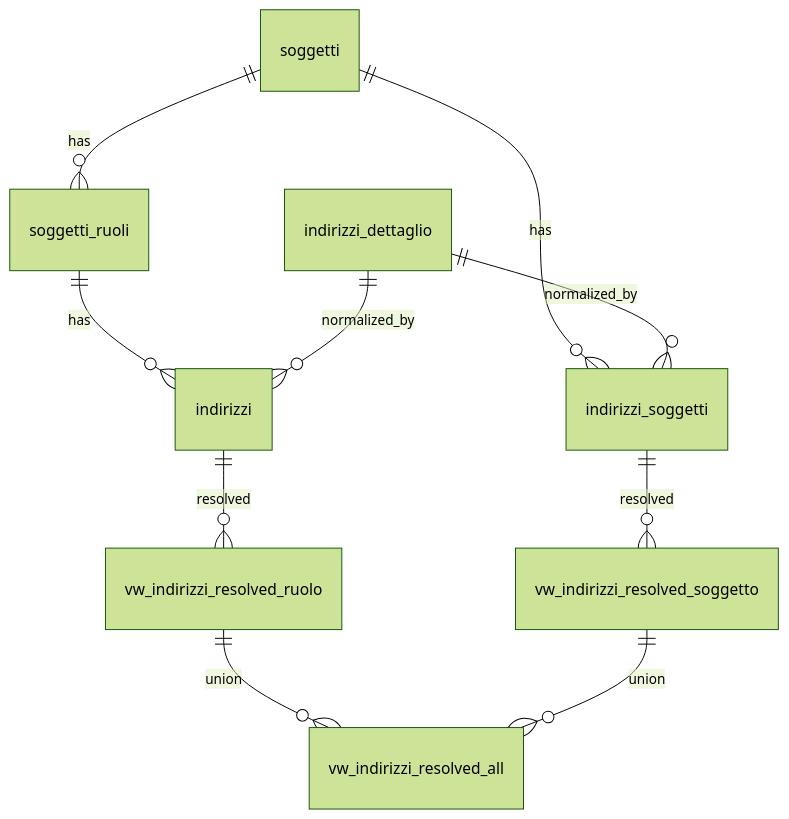
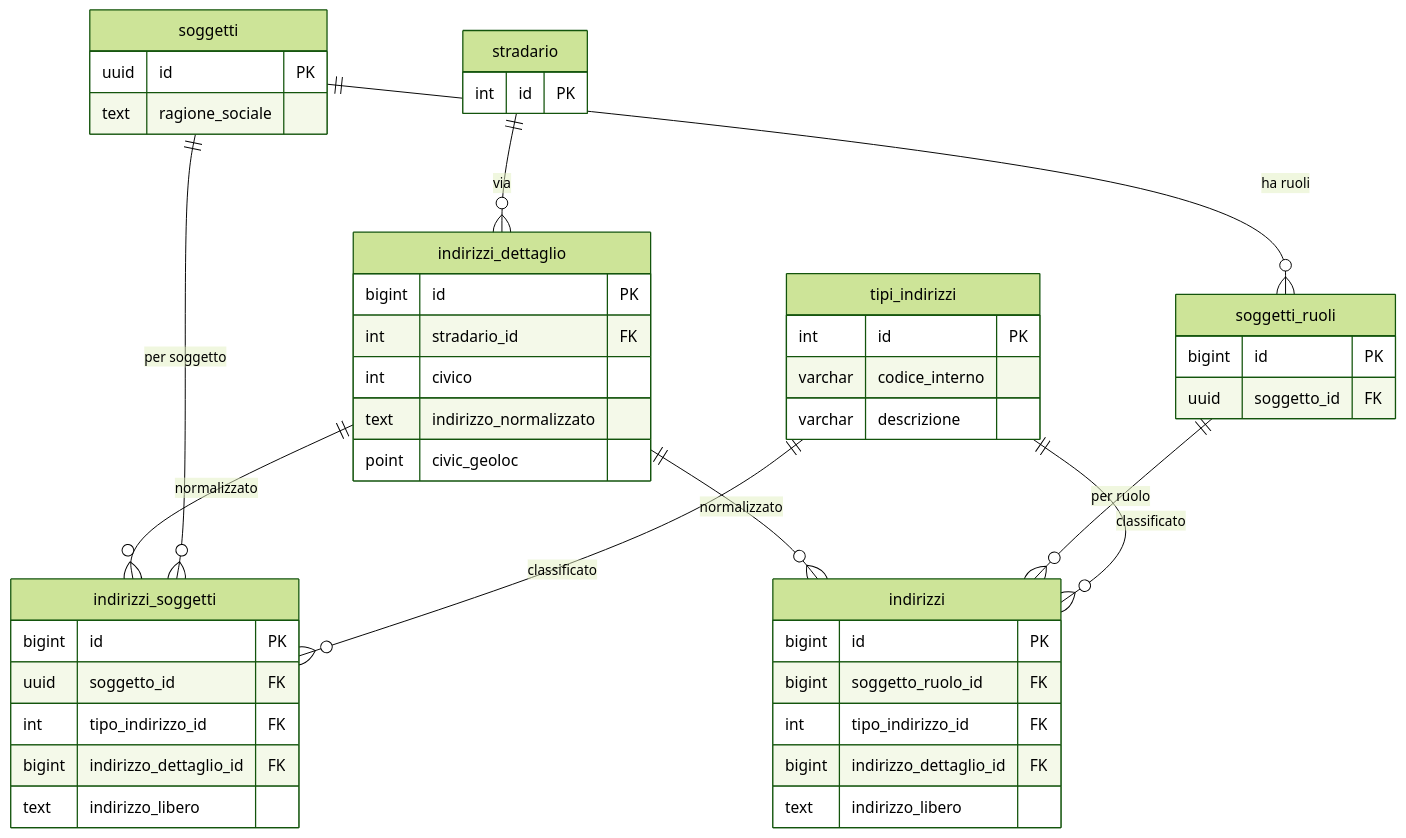
Before and after one commit to Tito-it/ZeroErp: the second of 3 diagrams in docs/it/guide/gestione-degli-indirizzi.md, drawn with Mermaid (forest theme). The commit also changed other lines of this file and 16 other files, not shown here.

````diff
--- a/docs/it/guide/gestione-degli-indirizzi.md
+++ b/docs/it/guide/gestione-degli-indirizzi.md
@@ -208,15 +386,55 @@
 ```mermaid
-%%{init: {'er': {'layoutDirection': 'TB'}}}%%
 erDiagram
-    soggetti        ||--o{ indirizzi_soggetti : has
-    soggetti        ||--o{ soggetti_ruoli : has
-    soggetti_ruoli  ||--o{ indirizzi : has
+    indirizzi_dettaglio {
+        bigint id PK
+        int stradario_id FK
+        int civico
+        text indirizzo_normalizzato
+        point civic_geoloc
+    }
 
-    indirizzi_dettaglio ||--o{ indirizzi : normalized_by
-    indirizzi_dettaglio ||--o{ indirizzi_soggetti : normalized_by
+    indirizzi {
+        bigint id PK
+        bigint soggetto_ruolo_id FK
+        int tipo_indirizzo_id FK
+        bigint indirizzo_dettaglio_id FK
+        text indirizzo_libero
+    }
 
-    indirizzi           ||--o{ vw_indirizzi_resolved_ruolo : resolved
-    indirizzi_soggetti  ||--o{ vw_indirizzi_resolved_soggetto : resolved
-    vw_indirizzi_resolved_ruolo ||--o{ vw_indirizzi_resolved_all : union
-    vw_indirizzi_resolved_soggetto ||--o{ vw_indirizzi_resolved_all : union
+    indirizzi_soggetti {
+        bigint id PK
+        uuid soggetto_id FK
+        int tipo_indirizzo_id FK
+        bigint indirizzo_dettaglio_id FK
+        text indirizzo_libero
+    }
+
+    tipi_indirizzi {
+        int id PK
+        varchar codice_interno
+        varchar descrizione
+    }
+
+    soggetti_ruoli {
+        bigint id PK
+        uuid soggetto_id FK
+    }
+
+    soggetti {
+        uuid id PK
+        text ragione_sociale
+    }
+
+    stradario {
+        int id PK
+    }
+
+    stradario ||--o{ indirizzi_dettaglio : "via"
+    indirizzi_dettaglio ||--o{ indirizzi : "normalizzato"
+    indirizzi_dettaglio ||--o{ indirizzi_soggetti : "normalizzato"
+    soggetti_ruoli ||--o{ indirizzi : "per ruolo"
+    soggetti ||--o{ indirizzi_soggetti : "per soggetto"
+    tipi_indirizzi ||--o{ indirizzi : "classificato"
+    tipi_indirizzi ||--o{ indirizzi_soggetti : "classificato"
+    soggetti ||--o{ soggetti_ruoli : "ha ruoli"
 ```
````
